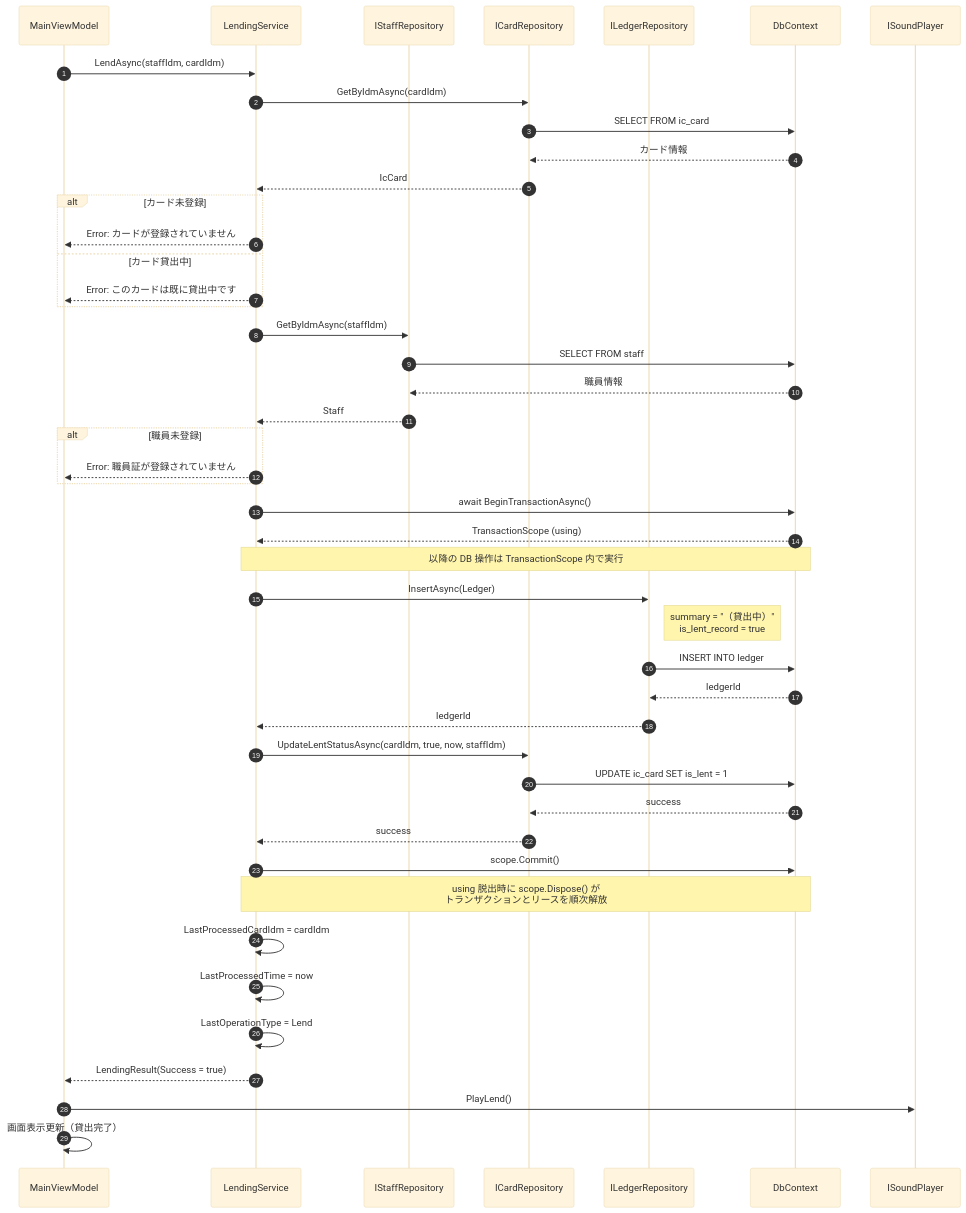
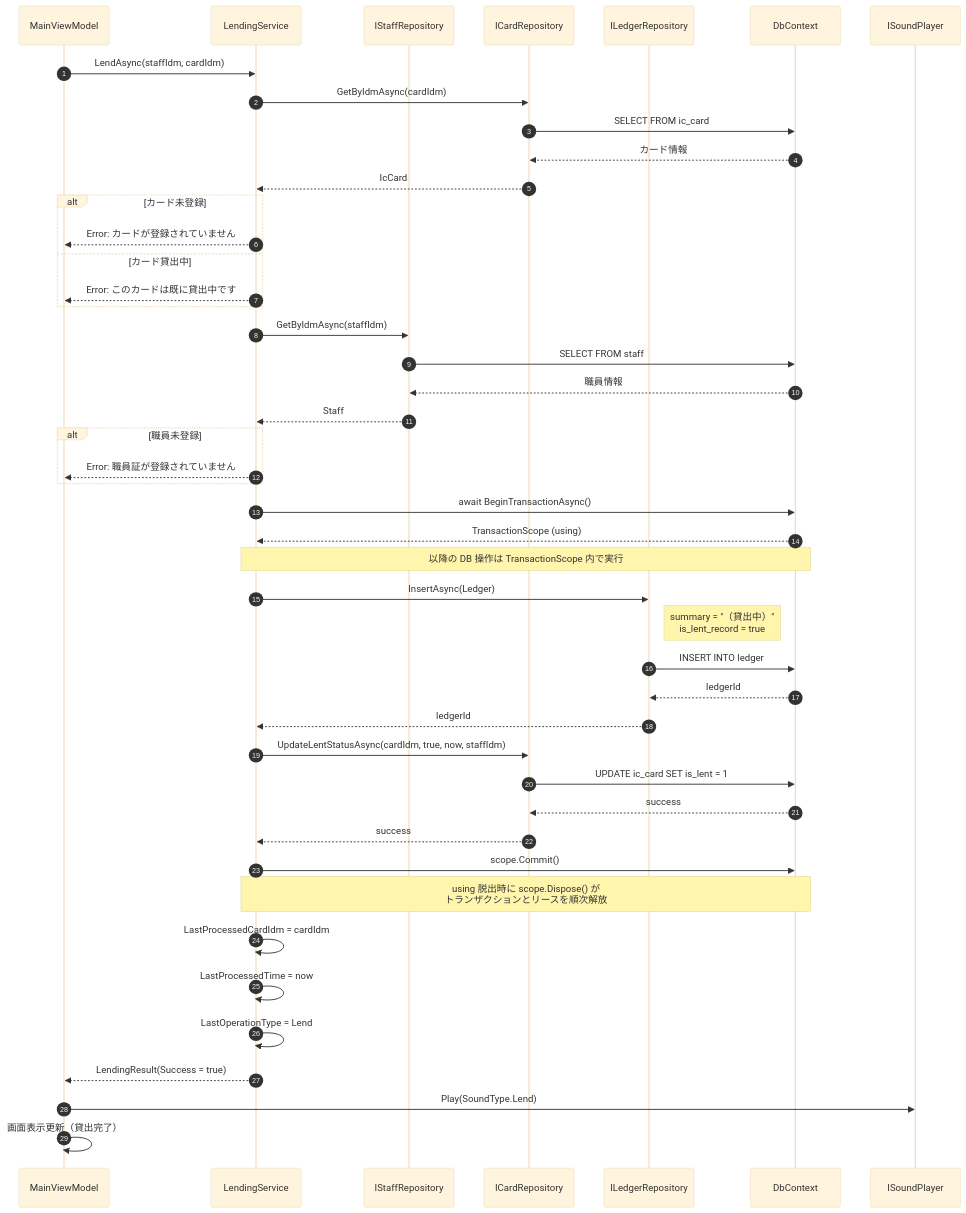
One commit to kuwayamamasayuki/ICCardManager changed the second of 14 diagrams in ICCardManager/docs/design/06_シーケンス図.md. Above: the diagram before and after it, drawn with Mermaid (base theme). The commit also changed other lines of this file, not shown here.

First line of the commit message:
docs: 06_シーケンス図を実装へ整合（サウンドAPI・バックアップ手段・用語）（ドリフト監査 D1/D9） (#1644)

````diff
--- a/ICCardManager/docs/design/06_シーケンス図.md
+++ b/ICCardManager/docs/design/06_シーケンス図.md
@@ -97,60 +97,60 @@
 ```mermaid
 sequenceDiagram
     autonumber
     participant VM as MainViewModel
     participant LS as LendingService
     participant SR as IStaffRepository
     participant CR as ICardRepository
     participant LR as ILedgerRepository
     participant DB as DbContext
     participant Sound as ISoundPlayer
 
     VM->>LS: LendAsync(staffIdm, cardIdm)
 
     LS->>CR: GetByIdmAsync(cardIdm)
     CR->>DB: SELECT FROM ic_card
     DB-->>CR: カード情報
     CR-->>LS: IcCard
 
     alt カード未登録
         LS-->>VM: Error: カードが登録されていません
     else カード貸出中
         LS-->>VM: Error: このカードは既に貸出中です
     end
 
     LS->>SR: GetByIdmAsync(staffIdm)
     SR->>DB: SELECT FROM staff
     DB-->>SR: 職員情報
     SR-->>LS: Staff
 
     alt 職員未登録
         LS-->>VM: Error: 職員証が登録されていません
     end
 
     LS->>DB: await BeginTransactionAsync()
     DB-->>LS: TransactionScope (using)
     Note over LS,DB: 以降の DB 操作は TransactionScope 内で実行
 
     LS->>LR: InsertAsync(Ledger)
     Note right of LR: summary = "（貸出中）"<br/>is_lent_record = true
     LR->>DB: INSERT INTO ledger
     DB-->>LR: ledgerId
     LR-->>LS: ledgerId
 
     LS->>CR: UpdateLentStatusAsync(cardIdm, true, now, staffIdm)
     CR->>DB: UPDATE ic_card SET is_lent = 1
     DB-->>CR: success
     CR-->>LS: success
 
     LS->>DB: scope.Commit()
     Note over LS,DB: using 脱出時に scope.Dispose() が<br/>トランザクションとリースを順次解放
 
     LS->>LS: LastProcessedCardIdm = cardIdm
     LS->>LS: LastProcessedTime = now
     LS->>LS: LastOperationType = Lend
 
     LS-->>VM: LendingResult(Success = true)
 
-    VM->>Sound: PlayLend()
+    VM->>Sound: Play(SoundType.Lend)
     VM->>VM: 画面表示更新（貸出完了）
 ```
````
